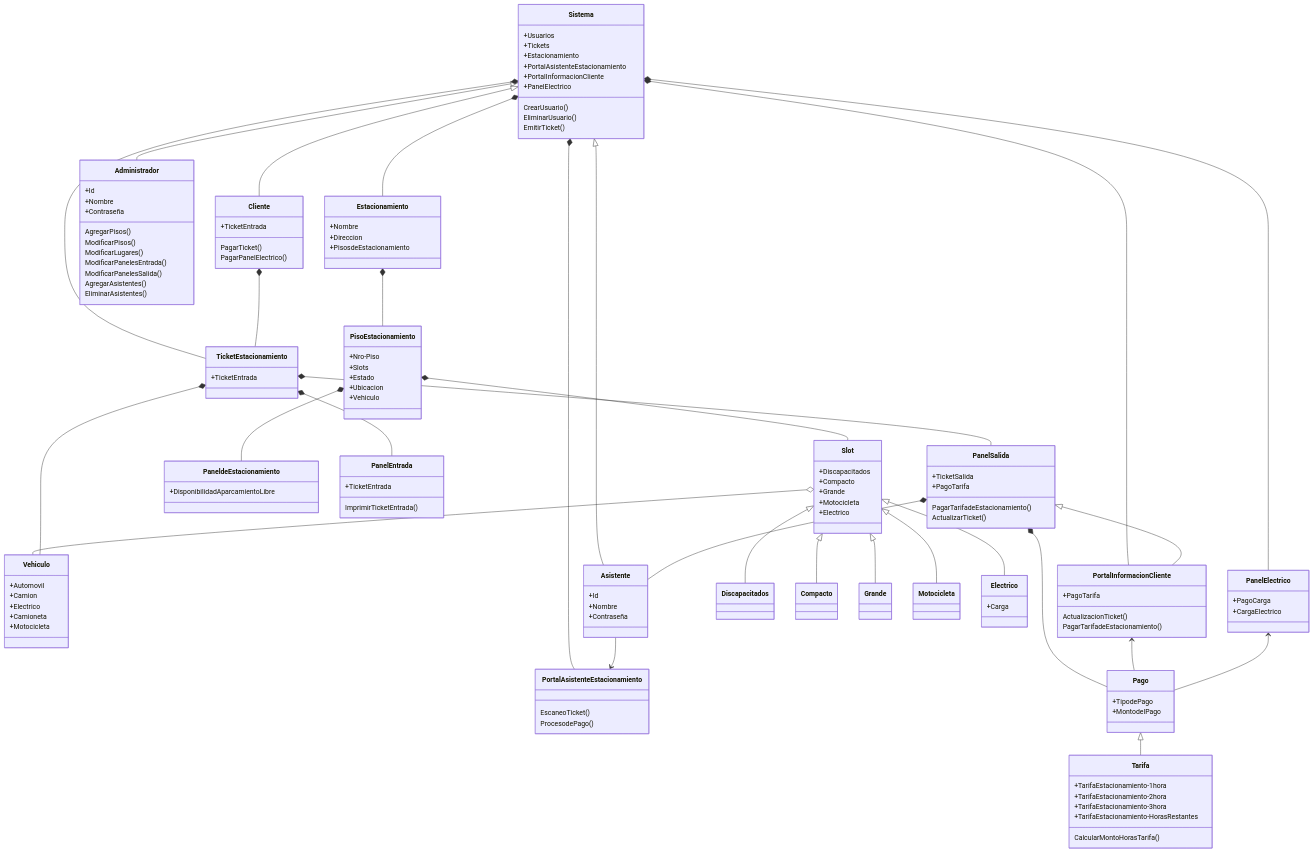
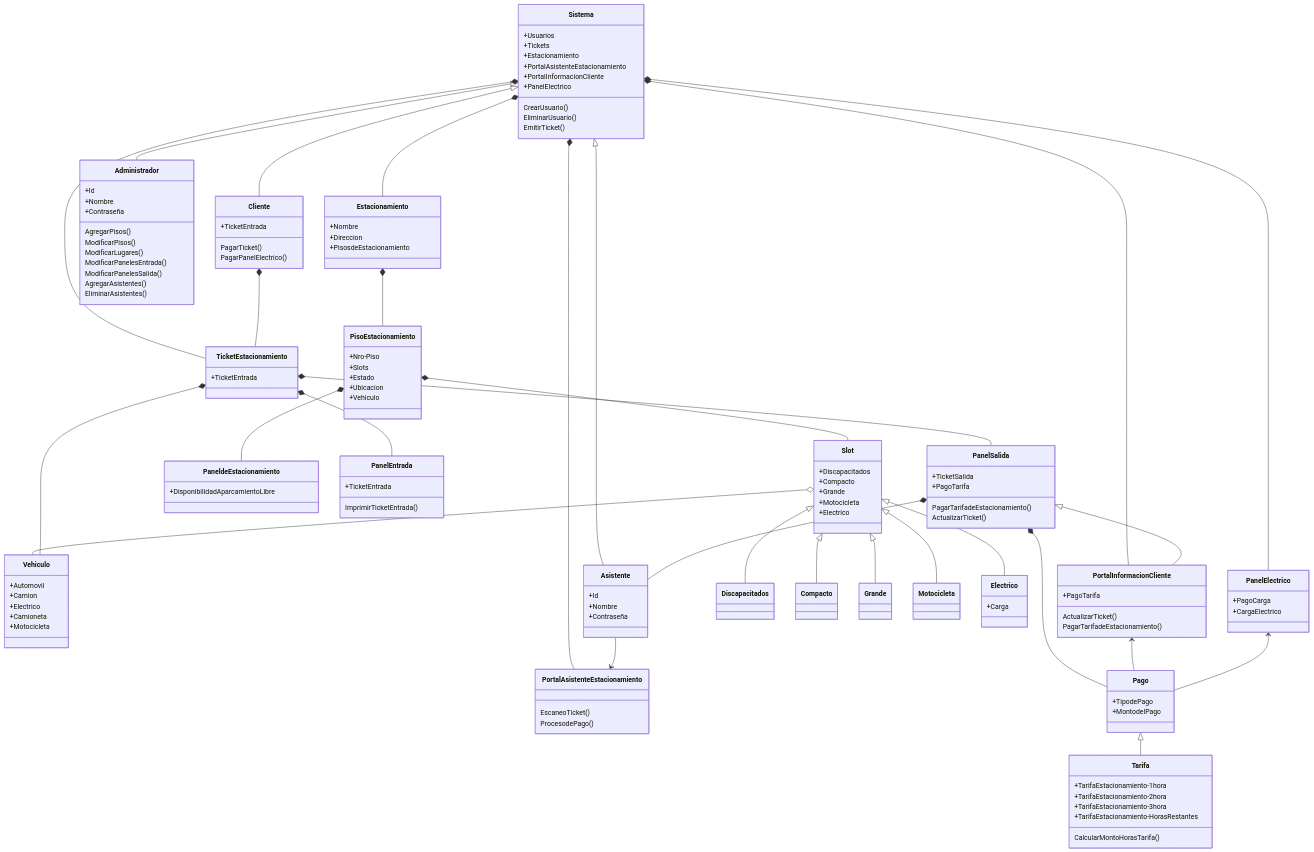
The diagram in doc/diagrama.mmd (09MauroID/Estacionamiento), drawn with Mermaid before and after one commit.

```diff
--- a/doc/diagrama.mmd
+++ b/doc/diagrama.mmd
@@ -1,149 +1,149 @@
 classDiagram
     Estacionamiento *-- PisoEstacionamiento
     PisoEstacionamiento *-- Slot
     Slot o-- Vehiculo
     PisoEstacionamiento *-- PaneldeEstacionamiento
     
     Sistema *-- Estacionamiento
     Sistema *-- TicketEstacionamiento
     Sistema *-- PortalAsistenteEstacionamiento
     Sistema *-- PortalInformacionCliente
     Sistema *-- PanelElectrico
 
     Slot <|-- Discapacitados
     Slot <|-- Compacto
     Slot <|-- Grande
     Slot <|-- Motocicleta
     Slot <|-- Electrico
     
     Sistema <|-- Administrador
     Sistema <|-- Cliente
     Sistema <|-- Asistente
     
     Asistente --> PortalAsistenteEstacionamiento
 
     Cliente *-- TicketEstacionamiento
 
     TicketEstacionamiento *-- PanelEntrada
     TicketEstacionamiento *-- PanelSalida
     TicketEstacionamiento *-- Vehiculo
 
     PanelSalida *-- Asistente
     PanelSalida *-- Pago
     PanelSalida <|-- PortalInformacionCliente    
 
     PortalInformacionCliente <-- Pago
 
     PanelElectrico <-- Pago
 
     Pago <|-- Tarifa
 
     class Sistema
     Sistema: +Usuarios
     Sistema: +Tickets
     Sistema: +Estacionamiento
     Sistema: +PortalAsistenteEstacionamiento
     Sistema: +PortalInformacionCliente
     Sistema: +PanelElectrico
     Sistema: CrearUsuario()
     Sistema: EliminarUsuario()
     Sistema: EmitirTicket()
 
     class Estacionamiento
     Estacionamiento: +Nombre
     Estacionamiento: +Direccion
     Estacionamiento: +PisosdeEstacionamiento
 
     class PisoEstacionamiento
     PisoEstacionamiento: +Nro-Piso
     PisoEstacionamiento: +Slots
     PisoEstacionamiento: +Estado
     PisoEstacionamiento: +Ubicacion
     PisoEstacionamiento: +Vehiculo
 
     class Slot
     Slot: +Discapacitados
     Slot: +Compacto
     Slot: +Grande
     Slot: +Motocicleta
     Slot: +Electrico
     
     class Discapacitados
 
     class Compacto
     
     class Grande
     
     class Motocicleta
     
     class Electrico
     Electrico: +Carga
 
     class Vehiculo
     Vehiculo: +Automovil
     Vehiculo: +Camion
     Vehiculo: +Electrico
     Vehiculo: +Camioneta
     Vehiculo: +Motocicleta
 
     class Administrador
     Administrador: +Id
     Administrador: +Nombre
     Administrador: +Contraseña
     Administrador: AgregarPisos()
     Administrador: ModificarPisos()
     Administrador: ModificarLugares()
     Administrador: ModificarPanelesEntrada()
     Administrador: ModificarPanelesSalida()
     Administrador: AgregarAsistentes()
     Administrador: EliminarAsistentes()
 
     class Asistente
     Asistente: +Id
     Asistente: +Nombre
     Asistente: +Contraseña
     
     class Cliente
     Cliente: +TicketEntrada
     Cliente: PagarTicket()
     Cliente: PagarPanelElectrico()
 
     class TicketEstacionamiento
     TicketEstacionamiento: +TicketEntrada
 
     class PanelEntrada
     PanelEntrada: +TicketEntrada
     PanelEntrada: ImprimirTicketEntrada()
 
     class PanelSalida
     PanelSalida: +TicketSalida
     PanelSalida: +PagoTarifa
     PanelSalida: PagarTarifadeEstacionamiento()
     PanelSalida: ActualizarTicket()
 
     class Pago
     Pago: +TipodePago
     Pago: +MontodelPago
 
     class Tarifa
     Tarifa: +TarifaEstacionamiento-1hora
     Tarifa: +TarifaEstacionamiento-2hora
     Tarifa: +TarifaEstacionamiento-3hora
     Tarifa: +TarifaEstacionamiento-HorasRestantes
     Tarifa: CalcularMontoHorasTarifa()
 
     class PaneldeEstacionamiento
     PaneldeEstacionamiento: +DisponibilidadAparcamientoLibre
 
     class PortalAsistenteEstacionamiento
     PortalAsistenteEstacionamiento: EscaneoTicket()
     PortalAsistenteEstacionamiento: ProcesodePago()
 
     class PortalInformacionCliente
     PortalInformacionCliente: +PagoTarifa
-    PortalInformacionCliente: ActualizacionTicket()
+    PortalInformacionCliente: ActualizarTicket()
     PortalInformacionCliente: PagarTarifadeEstacionamiento()
 
     class PanelElectrico
     PanelElectrico: +PagoCarga
     PanelElectrico: +CargaElectrico
```
